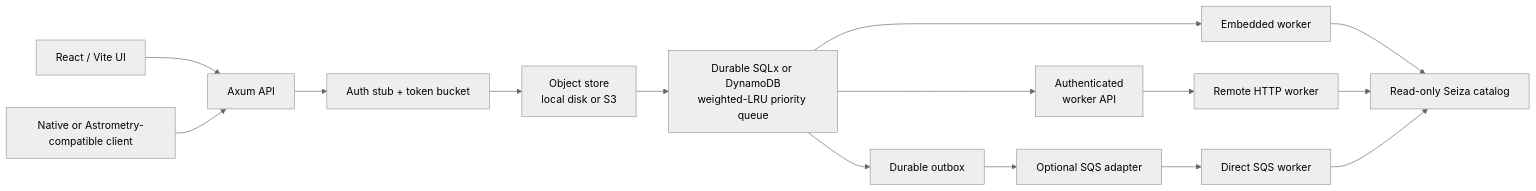
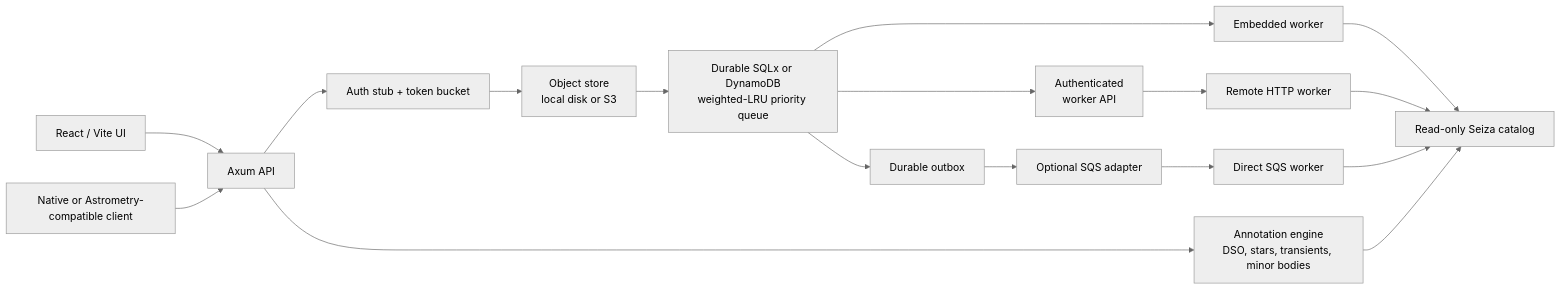
The diagram in docs/architecture.md (theatrus/seiza-server), drawn with Mermaid (neutral theme) before and after one commit. The commit also changed other lines of this file and 23 other files, not shown here.

Commit message:
Add interactive catalog annotations

````diff
--- a/docs/architecture.md
+++ b/docs/architecture.md
@@ -5,17 +5,19 @@
 ```mermaid
 flowchart LR
     Browser["React / Vite UI"] --> API["Axum API"]
     Client["Native or Astrometry-compatible client"] --> API
     API --> Admission["Auth stub + token bucket"]
     Admission --> Store["Object store\nlocal disk or S3"]
     Store --> Queue["Durable SQLx or DynamoDB\nweighted-LRU priority queue"]
     Queue --> Embedded["Embedded worker"]
     Queue --> WorkerAPI["Authenticated\nworker API"]
     Queue --> Outbox["Durable outbox"]
     Outbox --> SQS["Optional SQS adapter"]
     SQS --> Direct["Direct SQS worker"]
     WorkerAPI --> Remote["Remote HTTP worker"]
     Embedded --> Catalog["Read-only Seiza catalog"]
     Remote --> Catalog
     Direct --> Catalog
+    API --> Annotations["Annotation engine\nDSO, stars, transients, minor bodies"]
+    Annotations --> Catalog
 ```
````
